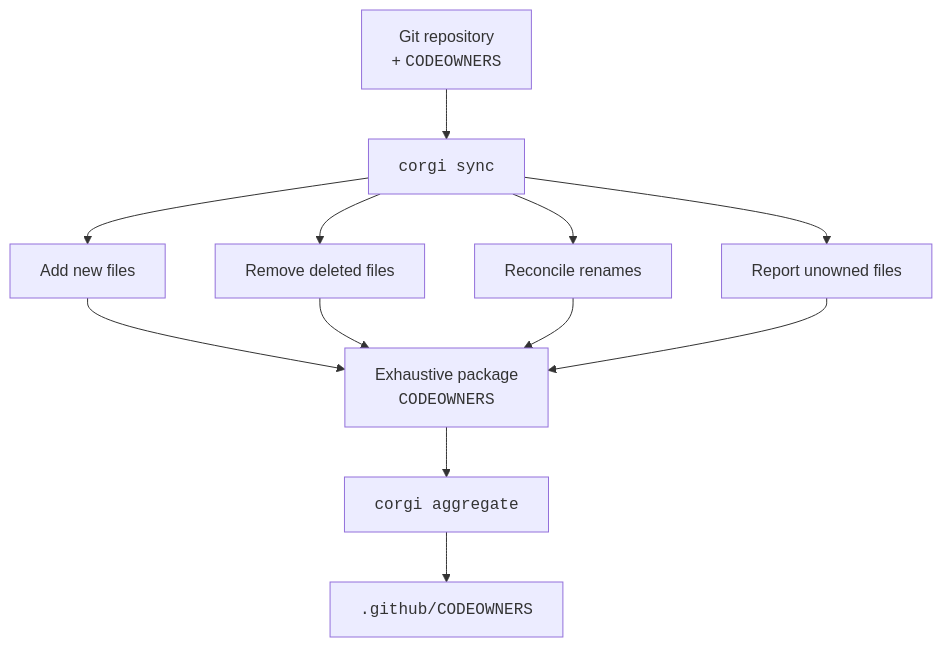
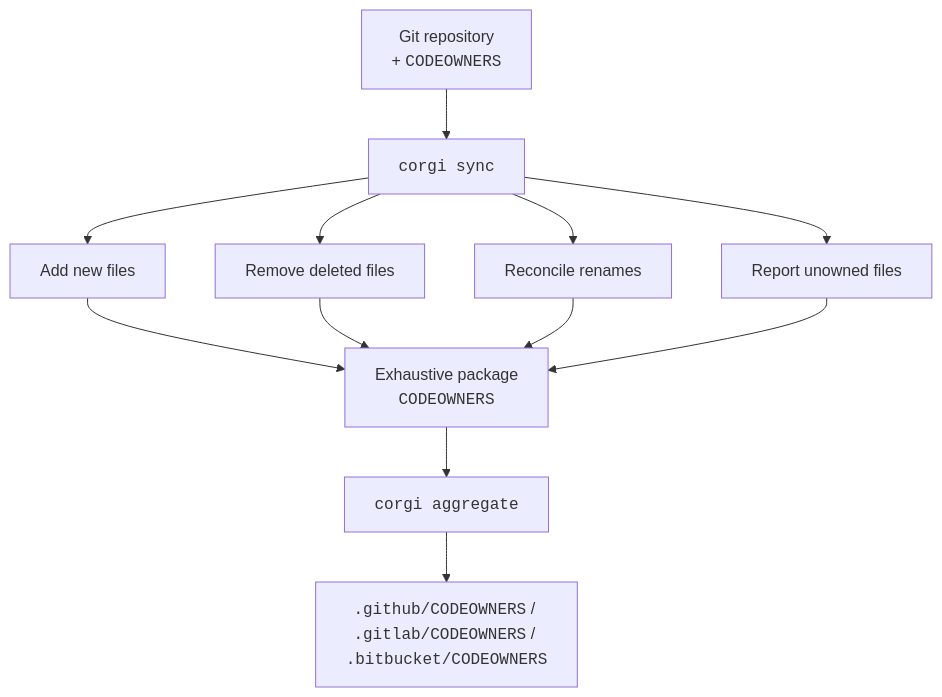
The diagram in README.md (Mulugruntz/codeowners-corgi), drawn with Mermaid before and after one commit. The commit also changed other lines of this file and 9 other files, not shown here.

````diff
--- a/README.md
+++ b/README.md
@@ -19,17 +19,17 @@
 ```mermaid
 flowchart TD
     A["Git repository<br/>+ <code>CODEOWNERS</code>"] --> B["<code>corgi sync</code>"]
 
     B --> C["Add new files"]
     B --> D["Remove deleted files"]
     B --> E["Reconcile renames"]
     B --> F["Report unowned files"]
 
     C --> G["Exhaustive package<br/><code>CODEOWNERS</code>"]
     D --> G
     E --> G
     F --> G
 
     G --> H["<code>corgi aggregate</code>"]
-    H --> I["<code>.github/CODEOWNERS</code>"]
+    H --> I["<code>.github/CODEOWNERS</code> / <code>.gitlab/CODEOWNERS</code> / <code>.bitbucket/CODEOWNERS</code>"]
 ```
````
